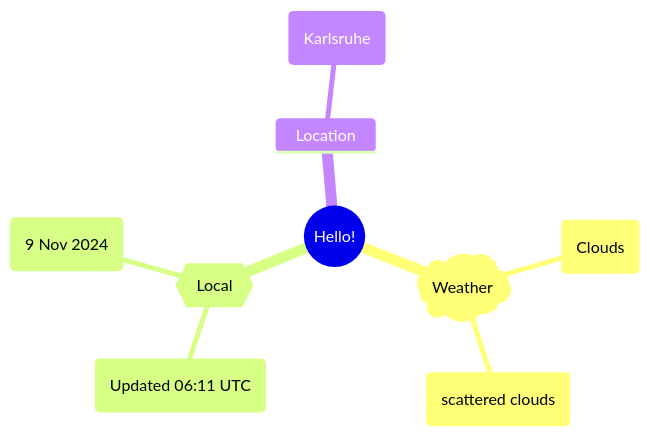
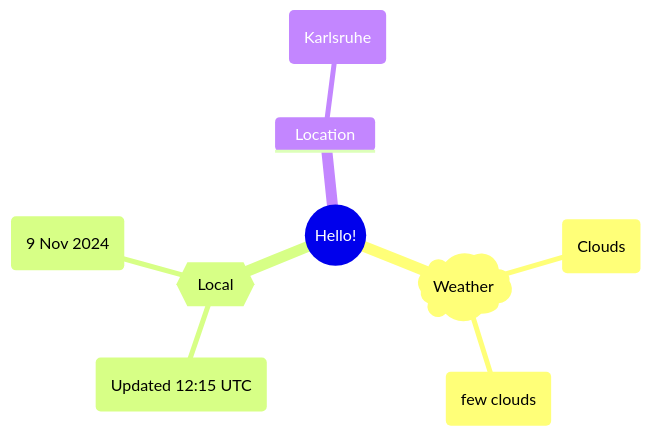
Before and after one commit to Xosrov/Xosrov: the first of 2 diagrams in README.md, drawn with Mermaid.

Commit message:
[bot] updated images

````diff
--- a/README.md
+++ b/README.md
@@ -3,12 +3,12 @@
 ```mermaid
 mindmap
   root((Hello!))
     )Weather(
         (Clouds)
-        (scattered clouds)
+        (few clouds)
     {{Local}}
-        (Updated 06:11 UTC)
+        (Updated 12:15 UTC)
         (9 Nov 2024)
     Location
         (Karlsruhe)
 ```
````
